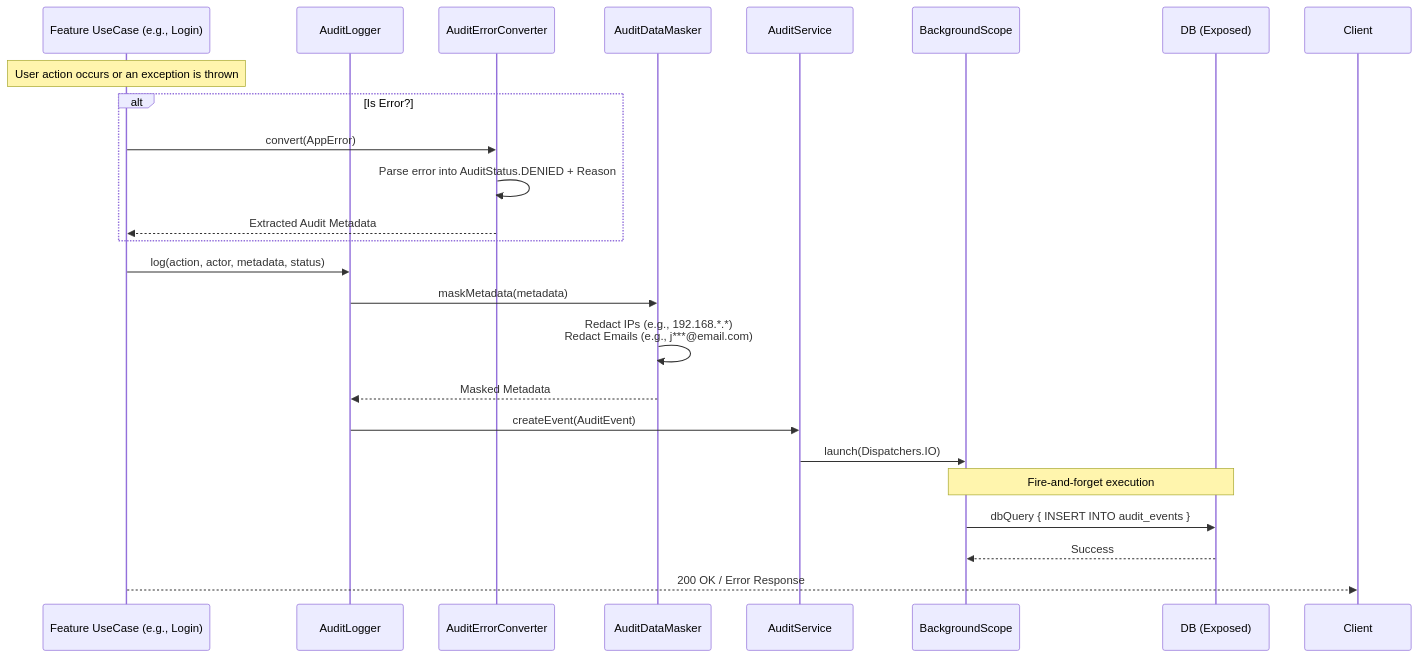
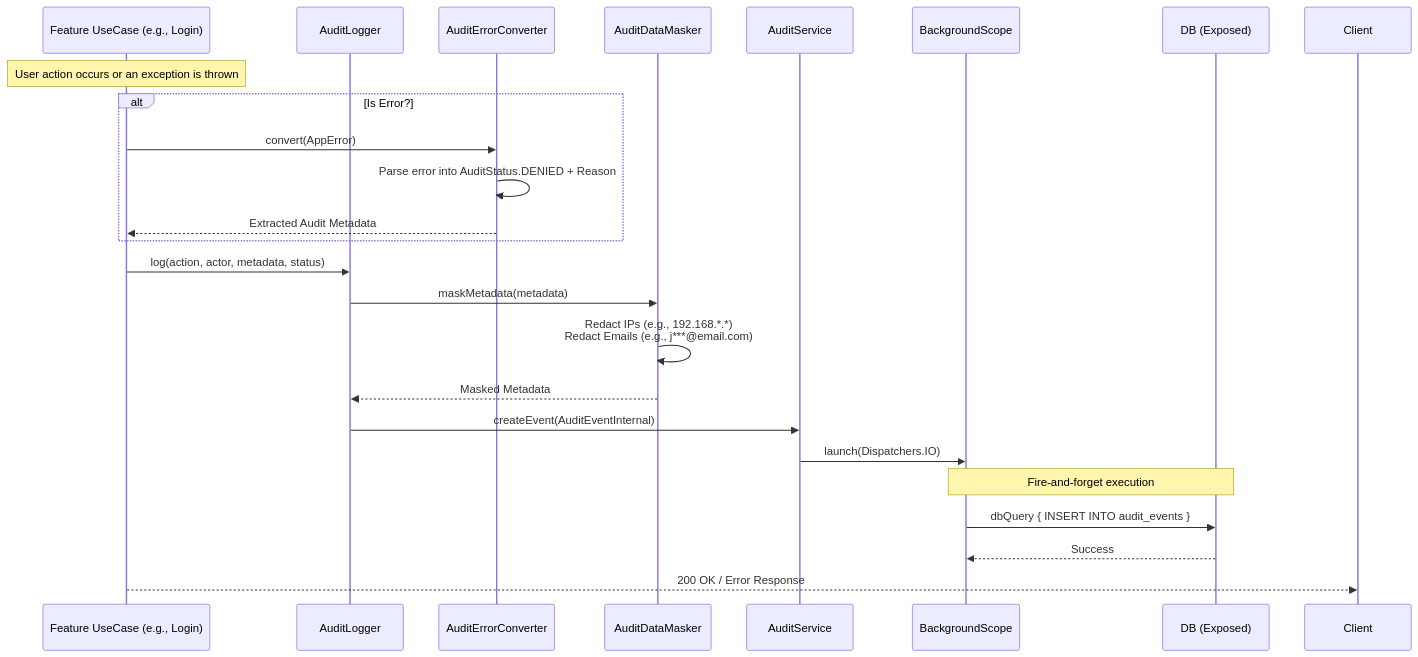
The diagram in docs/architecture/flows/audit.md (mudrichenkoevgeny/backend-platform-sdk), drawn with Mermaid before and after one commit. The commit also changed 25 other files, not shown here.

````diff
--- a/docs/architecture/flows/audit.md
+++ b/docs/architecture/flows/audit.md
@@ -19,34 +19,34 @@
 ```mermaid
 sequenceDiagram
     participant Ktor as Feature UseCase (e.g., Login)
     participant AuditLogger as AuditLogger
     participant AuditError as AuditErrorConverter
     participant Masker as AuditDataMasker
     participant Service as AuditService
     participant Scope as BackgroundScope
     participant Postgres as DB (Exposed)
 
     Note over Ktor: User action occurs or an exception is thrown
     
     alt Is Error?
         Ktor->>AuditError: convert(AppError)
         AuditError->>AuditError: Parse error into AuditStatus.DENIED + Reason
         AuditError-->>Ktor: Extracted Audit Metadata
     end
     
     Ktor->>AuditLogger: log(action, actor, metadata, status)
     
     AuditLogger->>Masker: maskMetadata(metadata)
     Masker->>Masker: Redact IPs (e.g., 192.168.*.*)<br/>Redact Emails (e.g., j***@email.com)
     Masker-->>AuditLogger: Masked Metadata
     
-    AuditLogger->>Service: createEvent(AuditEvent)
+    AuditLogger->>Service: createEvent(AuditEventInternal)
     
     %% Asynchronous persistence
     Service->>Scope: launch(Dispatchers.IO)
     Note over Scope, Postgres: Fire-and-forget execution
     Scope->>Postgres: dbQuery { INSERT INTO audit_events }
     Postgres-->>Scope: Success
     
     Ktor-->>Client: 200 OK / Error Response
 ```
````
